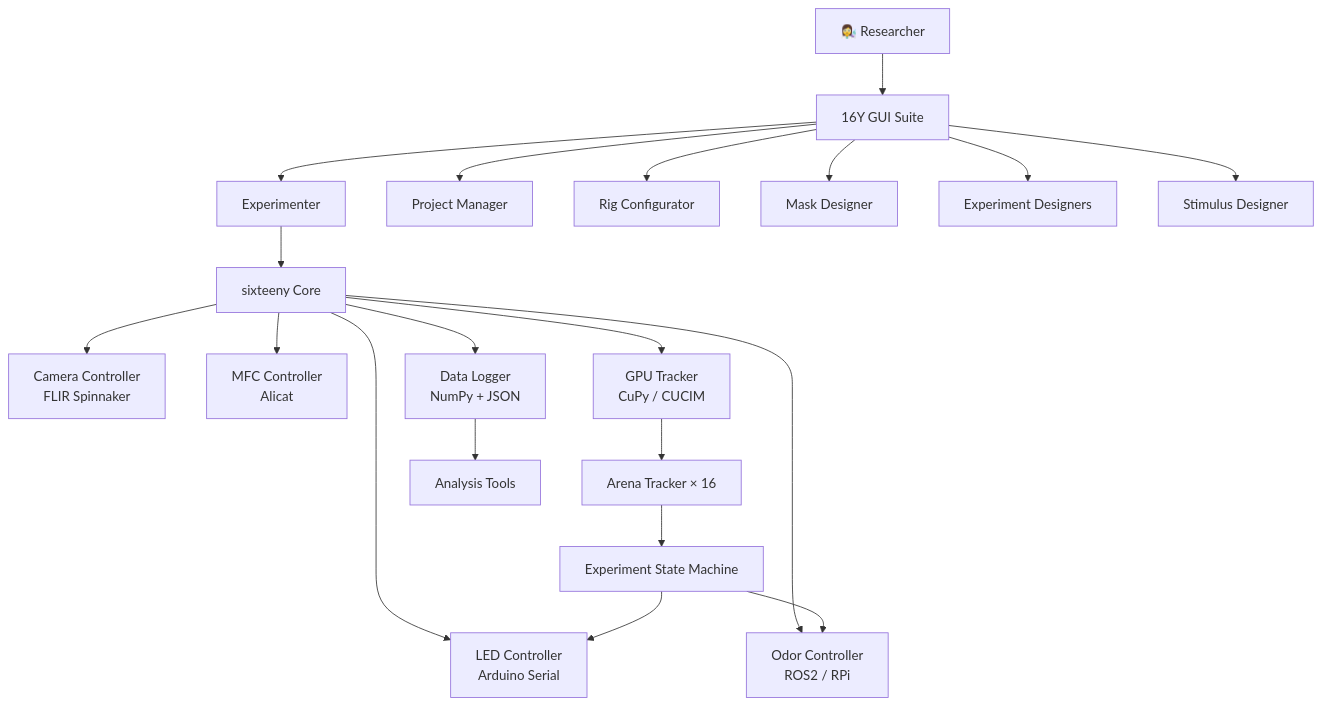
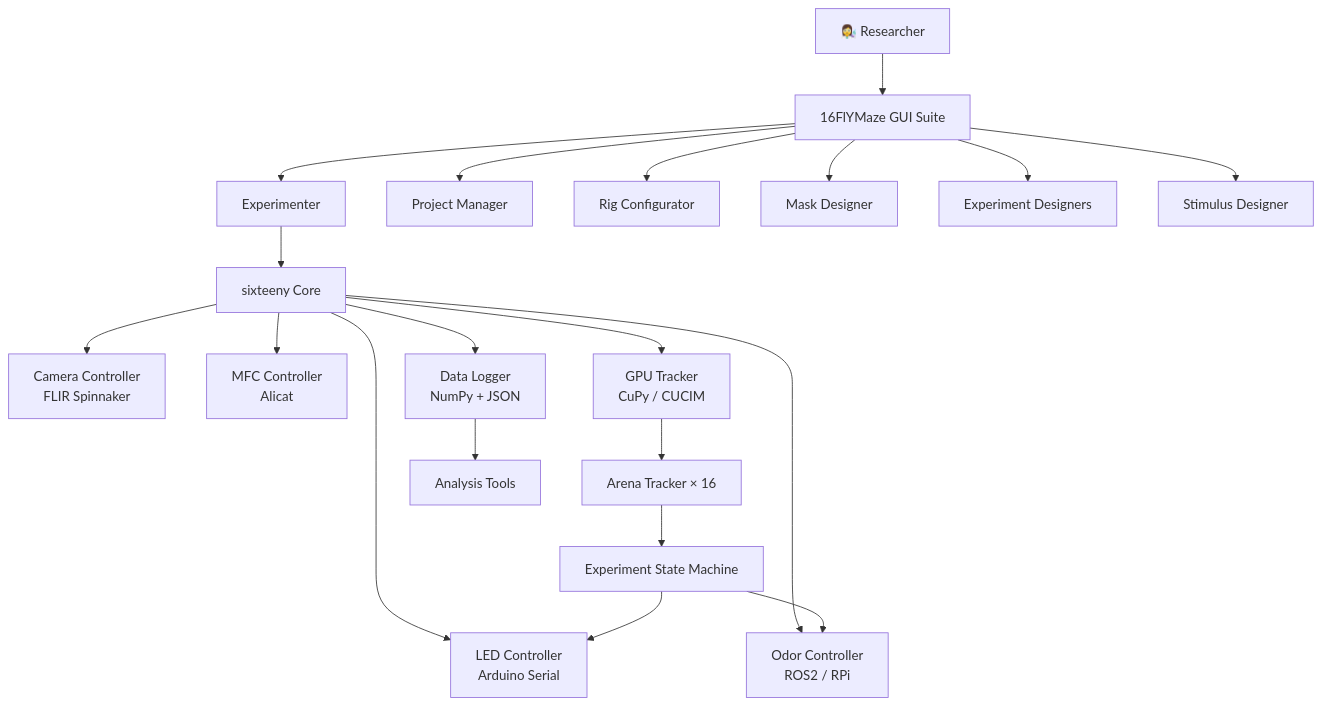
One commit to neurorishika/16FlYMaze changed the diagram in docs/index.md. Above: the diagram before and after it, drawn with Mermaid. The commit also changed other lines of this file and 12 other files, not shown here.

````diff
--- a/docs/index.md
+++ b/docs/index.md
@@ -91,25 +100,25 @@
 ```mermaid
 graph TD
-    A[👩‍🔬 Researcher] --> B[16Y GUI Suite]
+    A[👩‍🔬 Researcher] --> B[16FlYMaze GUI Suite]
     B --> C[Experimenter]
     B --> D[Project Manager]
     B --> E[Rig Configurator]
     B --> F[Mask Designer]
     B --> G[Experiment Designers]
     B --> H[Stimulus Designer]
 
     C --> I[sixteeny Core]
     I --> J[Camera Controller\nFLIR Spinnaker]
     I --> K[LED Controller\nArduino Serial]
     I --> L[Odor Controller\nROS2 / RPi]
     I --> M[MFC Controller\nAlicat]
 
     I --> N[GPU Tracker\nCuPy / CUCIM]
     N --> O[Arena Tracker × 16]
     O --> P[Experiment State Machine]
     P --> K
     P --> L
 
     I --> Q[Data Logger\nNumPy + JSON]
     Q --> R[Analysis Tools]
 ```
````
